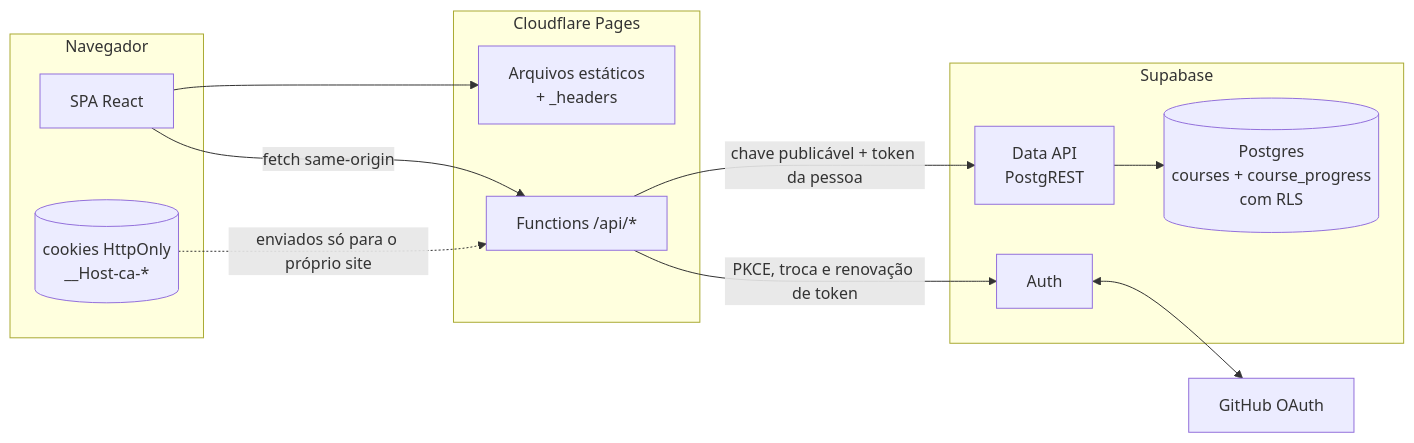
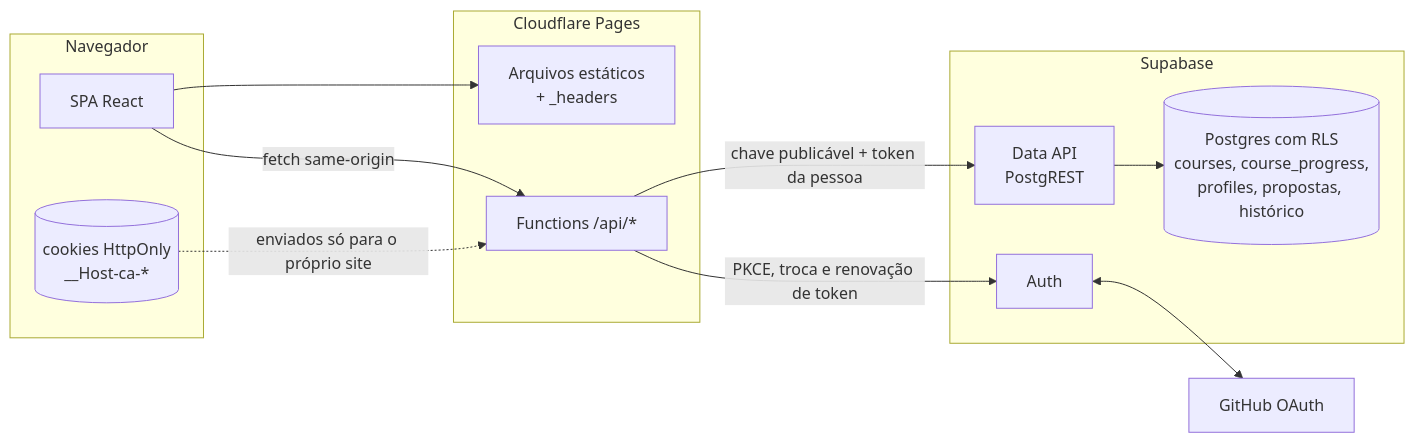
Before and after one commit to lucascodev/plataforma-cursos: the first of 3 diagrams in docs/arquitetura.md, drawn with Mermaid. The commit also changed other lines of this file and 395 other files, not shown here.

````diff
--- a/docs/arquitetura.md
+++ b/docs/arquitetura.md
@@ -35,24 +38,24 @@
 ```mermaid
 flowchart LR
   subgraph Navegador
     SPA[SPA React]
     CK[(cookies HttpOnly<br/>__Host-ca-*)]
   end
   subgraph Cloudflare Pages
     STATIC[Arquivos estáticos<br/>+ _headers]
     API[Functions /api/*]
   end
   GH[GitHub OAuth]
   subgraph Supabase
     AUTH[Auth]
     REST[Data API<br/>PostgREST]
-    DB[(Postgres<br/>courses + course_progress<br/>com RLS)]
+    DB[(Postgres com RLS<br/>courses, course_progress,<br/>profiles, propostas, histórico)]
   end
   SPA --> STATIC
   SPA -- fetch same-origin --> API
   CK -. enviados só para o próprio site .-> API
   API -- PKCE, troca e renovação de token --> AUTH
   AUTH <--> GH
   API -- chave publicável + token da pessoa --> REST
   REST --> DB
 ```
````
